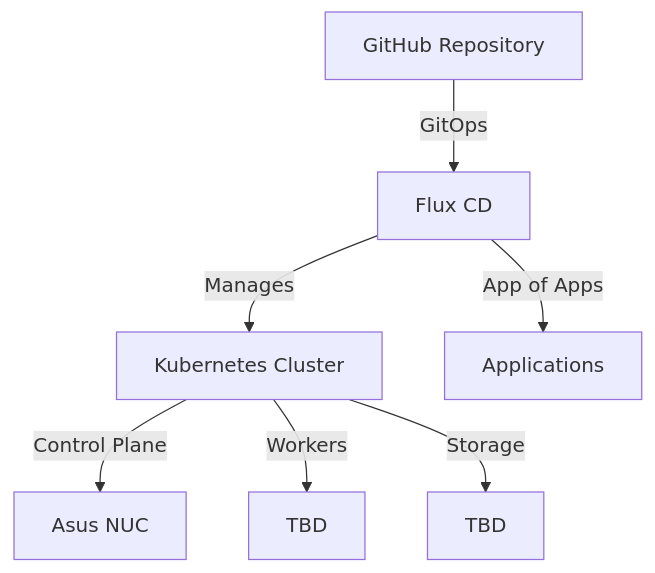
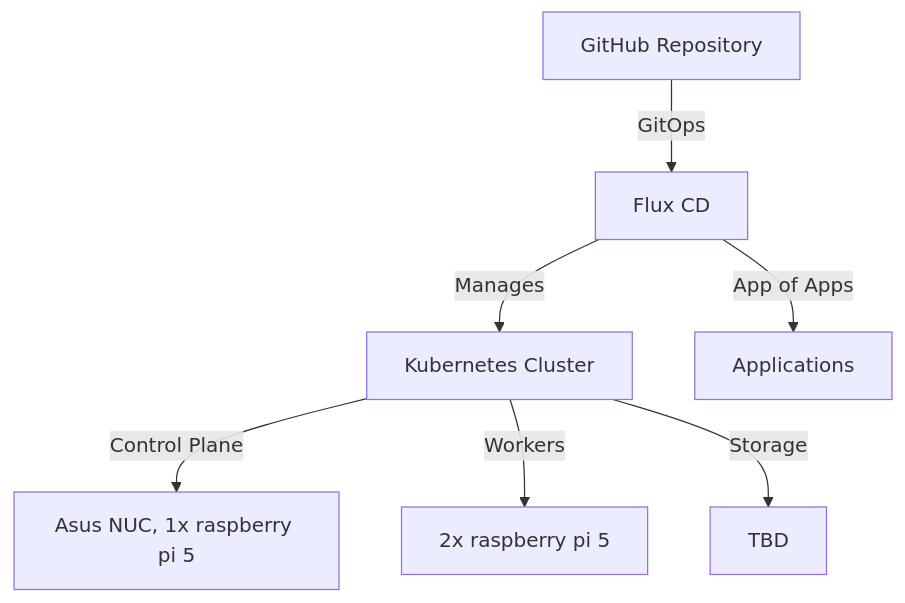
The diagram in README.md (paccao/homelab), drawn with Mermaid before and after one commit. The commit also changed other lines of this file, not shown here.

````diff
--- a/README.md
+++ b/README.md
@@ -36,9 +35,9 @@
 ```mermaid
 graph TD
     A[GitHub Repository] -->|GitOps| B[Flux CD]
     B -->|Manages| C[Kubernetes Cluster]
-    C -->|Control Plane| D[Asus NUC]
-    C -->|Workers| E[TBD]
+    C -->|Control Plane| D[Asus NUC, 1x raspberry pi 5]
+    C -->|Workers| E[2x raspberry pi 5]
     C -->|Storage| F[TBD]
     B -->|App of Apps| G[Applications]
 ```
````
